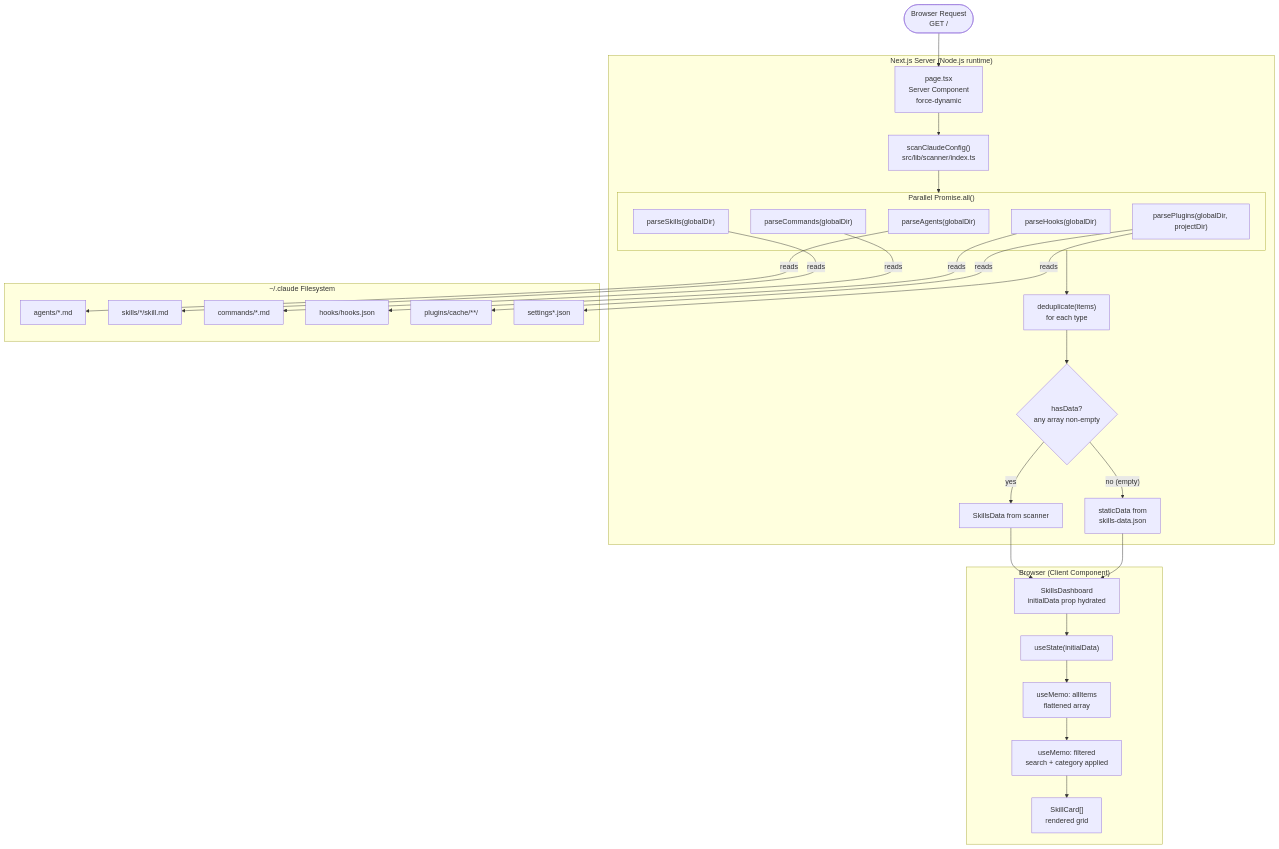
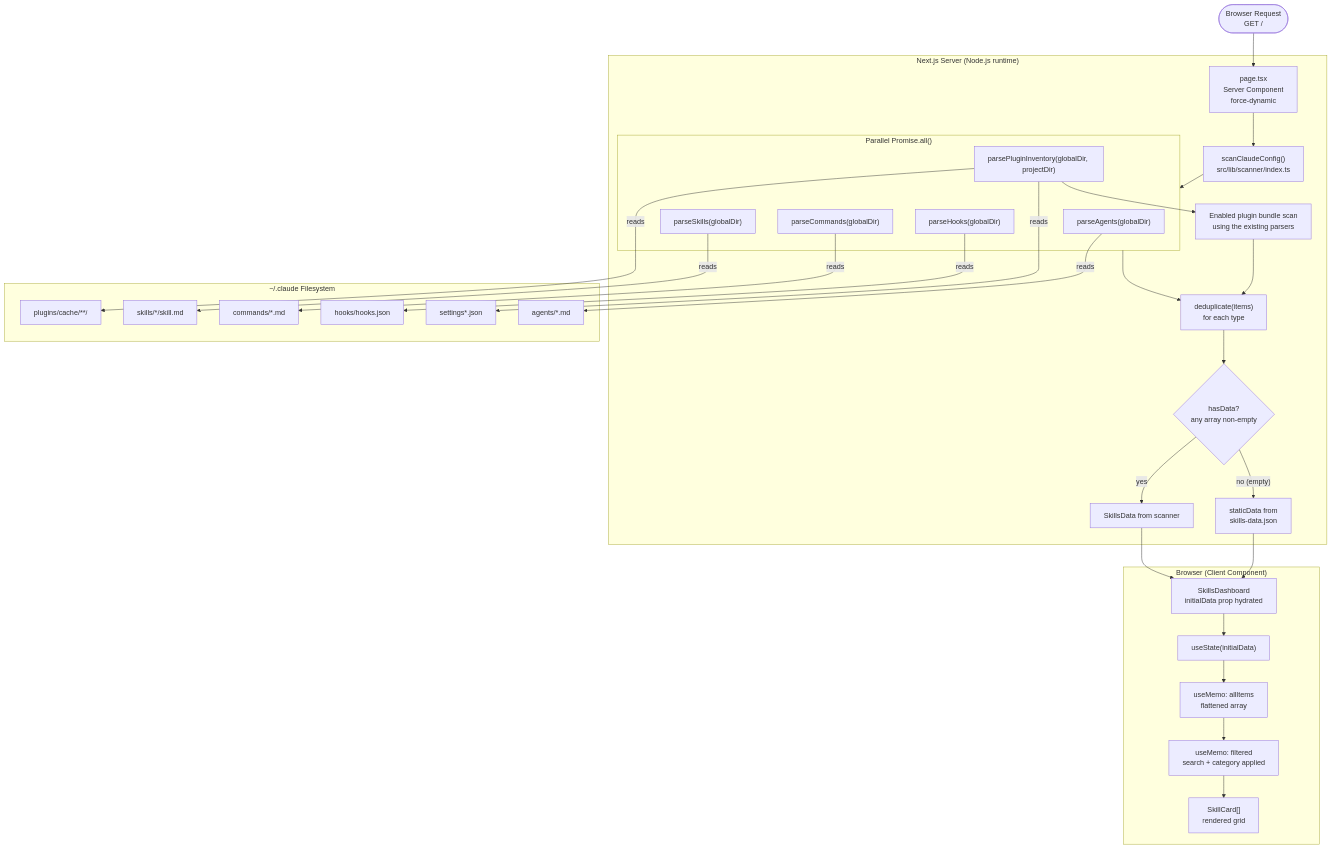
Before and after one commit to blockvoltcr7/claude-config-visualizer: the first of 5 diagrams in docs/arch/03-data-flow.md, drawn with Mermaid. The commit also changed other lines of this file and 30 other files, not shown here.

````diff
--- a/docs/arch/03-data-flow.md
+++ b/docs/arch/03-data-flow.md
@@ -5,62 +5,66 @@
 ```mermaid
 flowchart TD
     A(["Browser Request\nGET /"])
 
     subgraph Server["Next.js Server (Node.js runtime)"]
         B["page.tsx\nServer Component\nforce-dynamic"]
         C["scanClaudeConfig()\nsrc/lib/scanner/index.ts"]
 
         subgraph Parsers["Parallel Promise.all()"]
             P1["parseAgents(globalDir)"]
             P2["parseSkills(globalDir)"]
             P3["parseCommands(globalDir)"]
             P4["parseHooks(globalDir)"]
-            P5["parsePlugins(globalDir, projectDir)"]
+            P5["parsePluginInventory(globalDir, projectDir)"]
         end
+
+        PB["Enabled plugin bundle scan\nusing the existing parsers"]
 
         D["deduplicate(items)\nfor each type"]
         E{"hasData?\nany array non-empty"}
         F["SkillsData from scanner"]
         G["staticData from\nskills-data.json"]
     end
 
     subgraph FS["~/.claude Filesystem"]
         FS1["agents/*.md"]
         FS2["skills/*/skill.md"]
         FS3["commands/*.md"]
         FS4["hooks/hooks.json"]
         FS5["plugins/cache/**/"]
         FS6["settings*.json"]
     end
 
     subgraph Client["Browser (Client Component)"]
         H["SkillsDashboard\ninitialData prop hydrated"]
         I["useState(initialData)"]
         J["useMemo: allItems\nflattened array"]
         K["useMemo: filtered\nsearch + category applied"]
         L["SkillCard[]\nrendered grid"]
     end
 
     A --> B
     B --> C
     C --> Parsers
 
     P1 -->|"reads"| FS1
     P2 -->|"reads"| FS2
     P3 -->|"reads"| FS3
     P4 -->|"reads"| FS4
     P5 -->|"reads"| FS5
     P5 -->|"reads"| FS6
 
     Parsers --> D
+    P5 --> PB
+    PB --> D
     D --> E
     E -->|"yes"| F
     E -->|"no (empty)"| G
 
     F --> H
     G --> H
     H --> I
     I --> J
     J --> K
     K --> L
 ```
````
